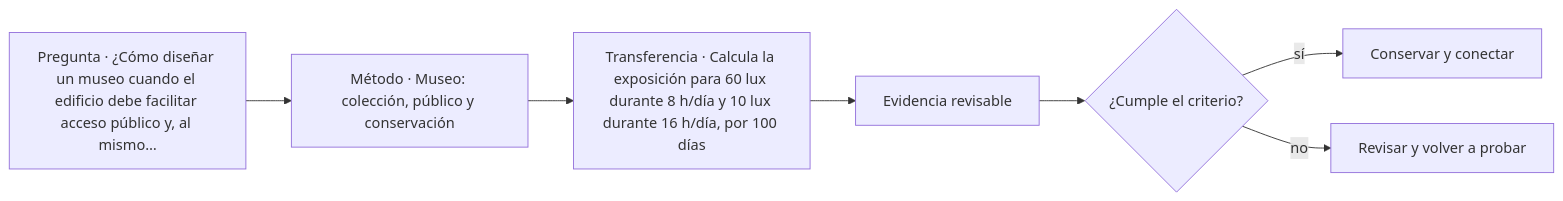
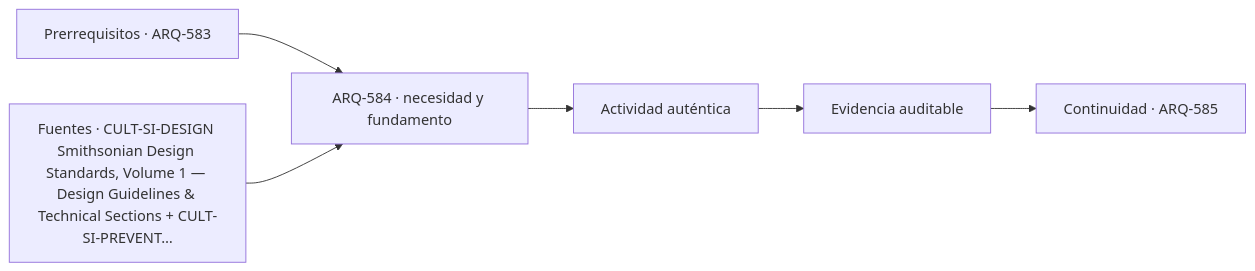
Before and after one commit to vladimiracunadev-create/architecture-built-environment-learning-program: the diagram in classes/parte-59/ARQ-584.md, drawn with Mermaid. The commit also changed other lines of this file and 761 other files, not shown here.

````diff
--- a/classes/parte-59/ARQ-584.md
+++ b/classes/parte-59/ARQ-584.md
@@ -93,9 +105,8 @@
 ```mermaid
 flowchart LR
-    Q["Pregunta · ¿Cómo diseñar un museo cuando el edificio debe facilitar acceso público y, al mismo…"] --> M["Método · Museo: colección, público y conservación"]
-    M --> P["Transferencia · Calcula la exposición para 60 lux durante 8 h/día y 10 lux durante 16 h/día, por 100 días"]
-    P --> E["Evidencia revisable"]
-    E --> C{"¿Cumple el criterio?"}
-    C -->|sí| T["Conservar y conectar"]
-    C -->|no| R["Revisar y volver a probar"]
+    A["Prerrequisitos · ARQ-583"] --> B["ARQ-584 · necesidad y fundamento"]
+    S["Fuentes · CULT-SI-DESIGN Smithsonian Design Standards, Volume 1 — Design Guidelines & Technical Sections + CULT-SI-PREVENT…"] --> B
+    B --> C["Actividad auténtica"]
+    C --> D["Evidencia auditable"]
+    D --> E["Continuidad · ARQ-585"]
 ```
````
